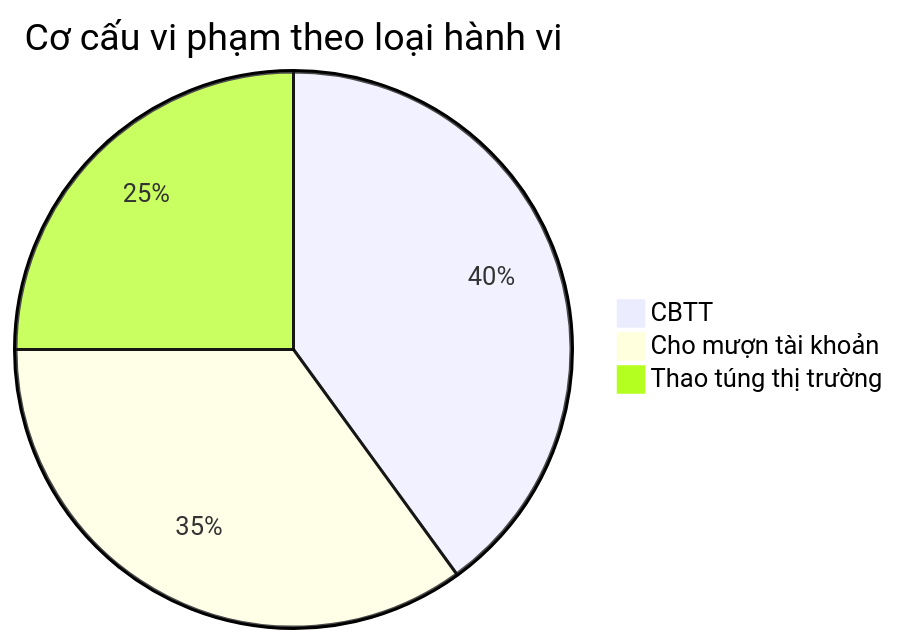
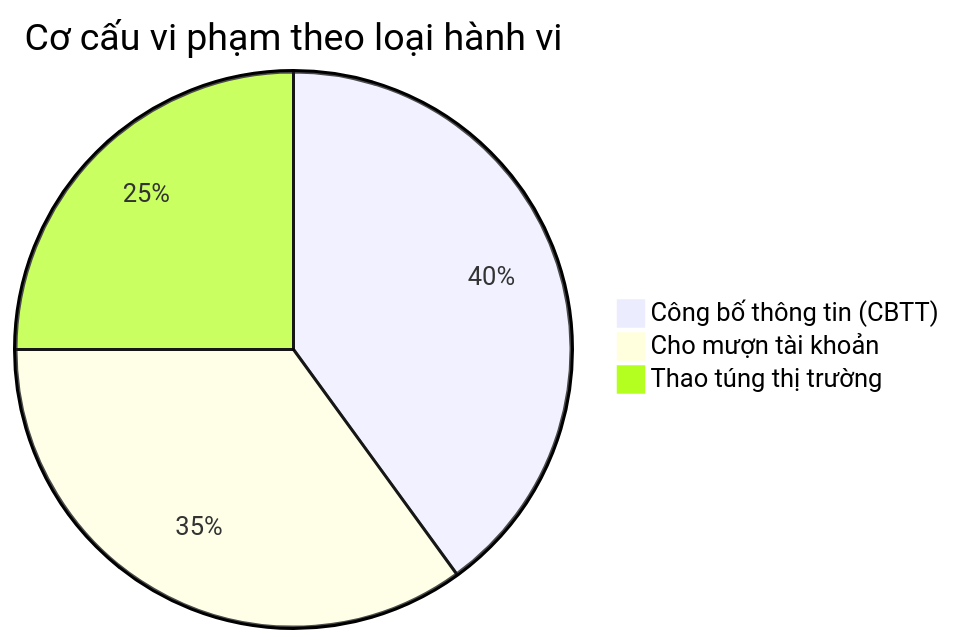
Diagram 13 of 43 in Datamart/hld/DTM_TT_HLD.md (linhlvit/ubck_atomic_design), drawn with Mermaid before and after one commit. The commit also changed other lines of this file and 9 other files, not shown here.

````diff
--- a/Datamart/hld/DTM_TT_HLD.md
+++ b/Datamart/hld/DTM_TT_HLD.md
@@ -332,6 +472,6 @@
 ```mermaid
 pie title Cơ cấu vi phạm theo loại hành vi
-    "CBTT" : 40
+    "Công bố thông tin (CBTT)" : 40
     "Cho mượn tài khoản" : 35
     "Thao túng thị trường" : 25
 ```
````
